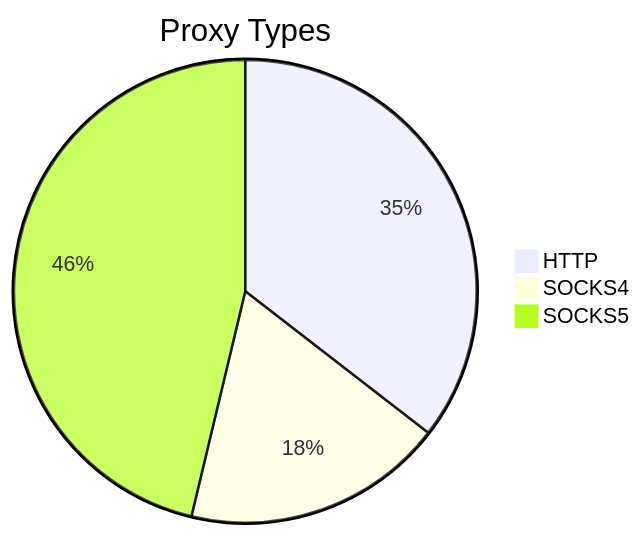
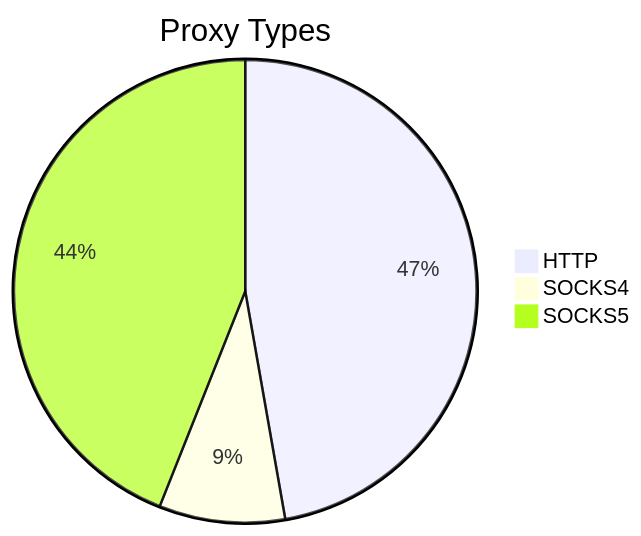
Before and after one commit to stormsia/proxy-list: the first of 2 diagrams in README.md, drawn with Mermaid. The commit also changed other lines of this file, not shown here.

````diff
--- a/README.md
+++ b/README.md
@@ -21,6 +21,6 @@
 ```mermaid
 pie title Proxy Types
-    "HTTP" : 171
-    "SOCKS4" : 88
-    "SOCKS5" : 223
+    "HTTP" : 145
+    "SOCKS4" : 27
+    "SOCKS5" : 135
 ```
````
